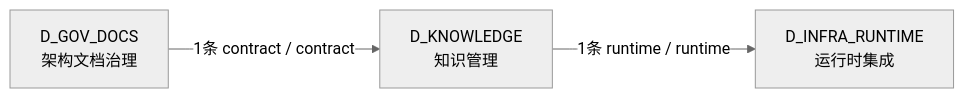
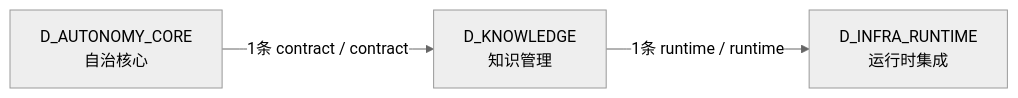
Before and after one commit to xuanFelixVan/ZephyrAlpha: the fourth of 4 diagrams in docs/02_enterprise_architecture/02_domain_architecture_docs/48_d_knowledge.md, drawn with Mermaid (neutral theme). The commit also changed other lines of this file and 99 other files, not shown here.

````diff
--- a/docs/02_enterprise_architecture/02_domain_architecture_docs/48_d_knowledge.md
+++ b/docs/02_enterprise_architecture/02_domain_architecture_docs/48_d_knowledge.md
@@ -154,8 +156,8 @@
 ```mermaid
 graph LR
     D_KNOWLEDGE["D_KNOWLEDGE<br/>知识管理"]
     D_INFRA_RUNTIME["D_INFRA_RUNTIME<br/>运行时集成"]
-    D_GOV_DOCS["D_GOV_DOCS<br/>架构文档治理"]
+    D_AUTONOMY_CORE["D_AUTONOMY_CORE<br/>自治核心"]
     D_KNOWLEDGE -->|1条 runtime / runtime| D_INFRA_RUNTIME
-    D_GOV_DOCS -->|1条 contract / contract| D_KNOWLEDGE
+    D_AUTONOMY_CORE -->|1条 contract / contract| D_KNOWLEDGE
 ```
````
